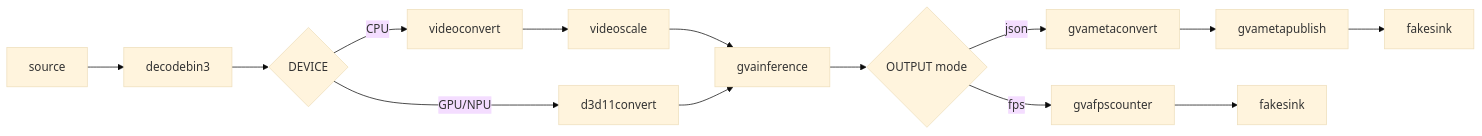
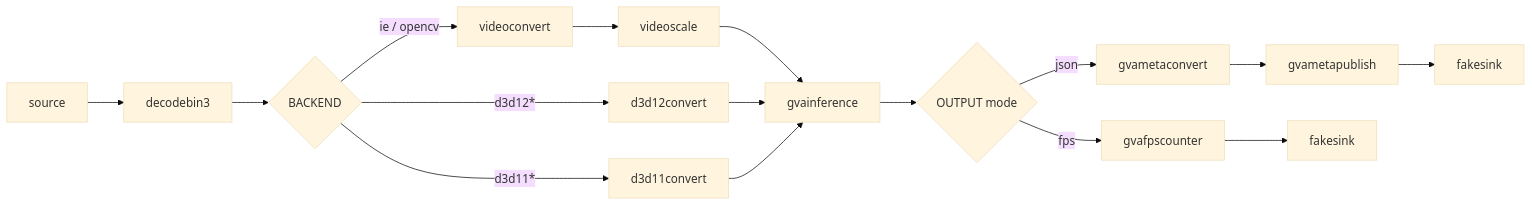
One commit to open-edge-platform/dlstreamer changed the diagram in samples/windows/gstreamer/gst_launch/lvm/README.md. Above: the diagram before and after it, drawn with Mermaid (base theme). The commit also changed other lines of this file and 15 other files, not shown here.

````diff
--- a/samples/windows/gstreamer/gst_launch/lvm/README.md
+++ b/samples/windows/gstreamer/gst_launch/lvm/README.md
@@ -31,21 +32,24 @@
 ```mermaid
 graph LR
 A[source] --> B[decodebin3]
-    B --> C{DEVICE}
+    B --> C{BACKEND}
 
-    C -->|CPU| D[videoconvert]
+    C -->|ie / opencv| D[videoconvert]
     D --> E[videoscale]
     E --> F[gvainference]
 
-    C -->|GPU/NPU| G[d3d11convert]
+    C -->|d3d12*| G[d3d12convert]
     G --> F
+
+    C -->|d3d11*| N[d3d11convert]
+    N --> F
 
     F --> H{OUTPUT mode}
 
     H -->|json| I[gvametaconvert]
     I --> J[gvametapublish]
     J --> K[fakesink]
 
     H -->|fps| L[gvafpscounter]
     L --> M[fakesink]
 ```
````
